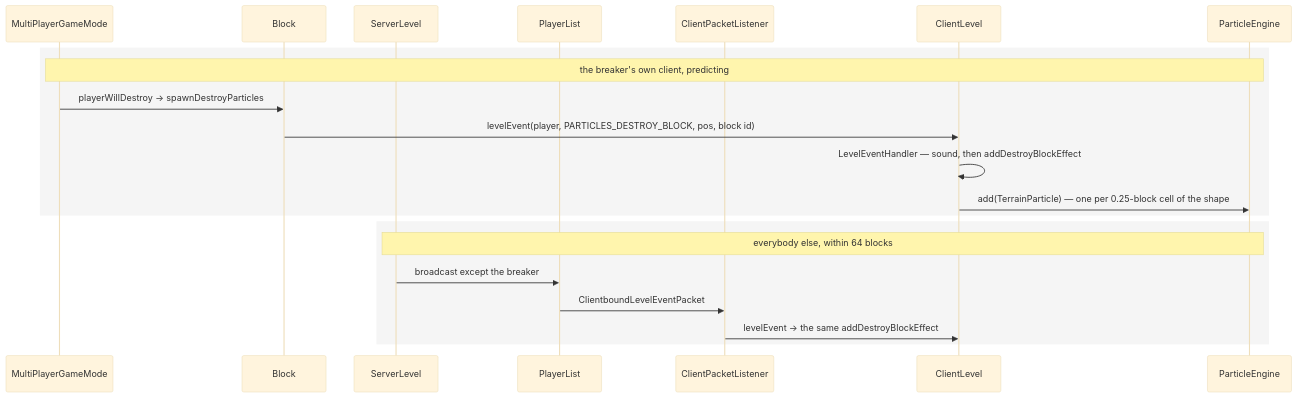
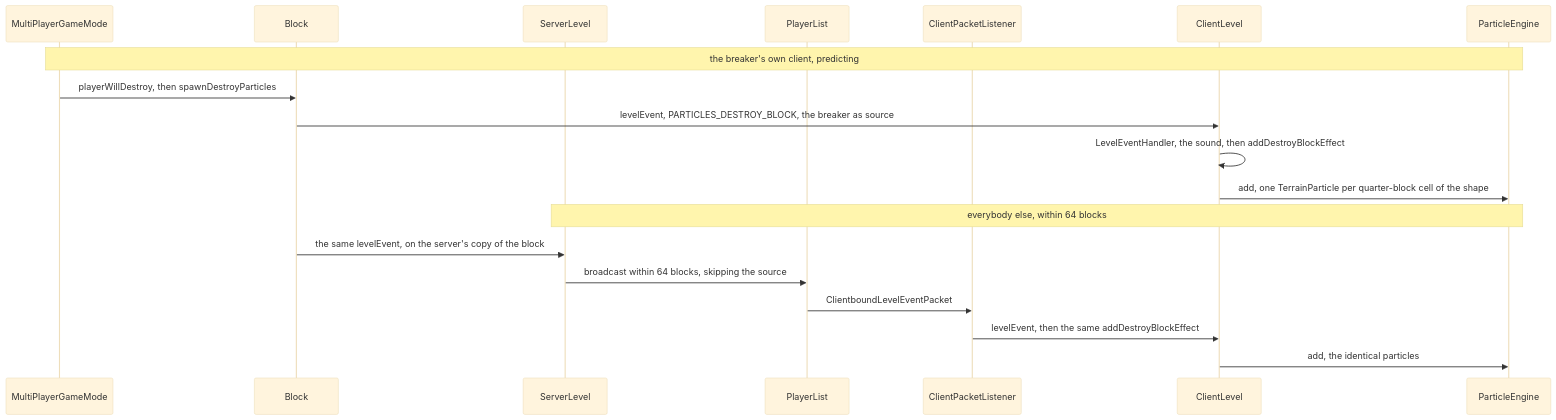
The first of 2 diagrams in src/systems/rendering/particles.md (AlexanderjFraser/MinecraftDocs), drawn with Mermaid (base theme) before and after one commit. The commit also changed other lines of this file and 29 other files, not shown here.

````diff
--- a/src/systems/rendering/particles.md
+++ b/src/systems/rendering/particles.md
@@ -114,25 +46,22 @@
 ```mermaid
 sequenceDiagram
     participant MPGM as MultiPlayerGameMode
-    participant B as Block
+    participant Block as Block
     participant SL as ServerLevel
     participant PL as PlayerList
     participant CPL as ClientPacketListener
     participant CL as ClientLevel
     participant PE as ParticleEngine
 
-    rect rgb(245,245,245)
     Note over MPGM,PE: the breaker's own client, predicting
-    MPGM->>B: playerWillDestroy → spawnDestroyParticles
-    B->>CL: levelEvent(player, PARTICLES_DESTROY_BLOCK, pos, block id)
-    CL->>CL: LevelEventHandler — sound, then addDestroyBlockEffect
-    CL->>PE: add(TerrainParticle) — one per 0.25-block cell of the shape
-    end
-
-    rect rgb(245,245,245)
+    MPGM->>Block: playerWillDestroy, then spawnDestroyParticles
+    Block->>CL: levelEvent, PARTICLES_DESTROY_BLOCK, the breaker as source
+    CL->>CL: LevelEventHandler, the sound, then addDestroyBlockEffect
+    CL->>PE: add, one TerrainParticle per quarter-block cell of the shape
     Note over SL,PE: everybody else, within 64 blocks
-    SL->>PL: broadcast except the breaker
+    Block->>SL: the same levelEvent, on the server's copy of the block
+    SL->>PL: broadcast within 64 blocks, skipping the source
     PL->>CPL: ClientboundLevelEventPacket
-    CPL->>CL: levelEvent → the same addDestroyBlockEffect
-    end
+    CPL->>CL: levelEvent, then the same addDestroyBlockEffect
+    CL->>PE: add, the identical particles
 ```
````
